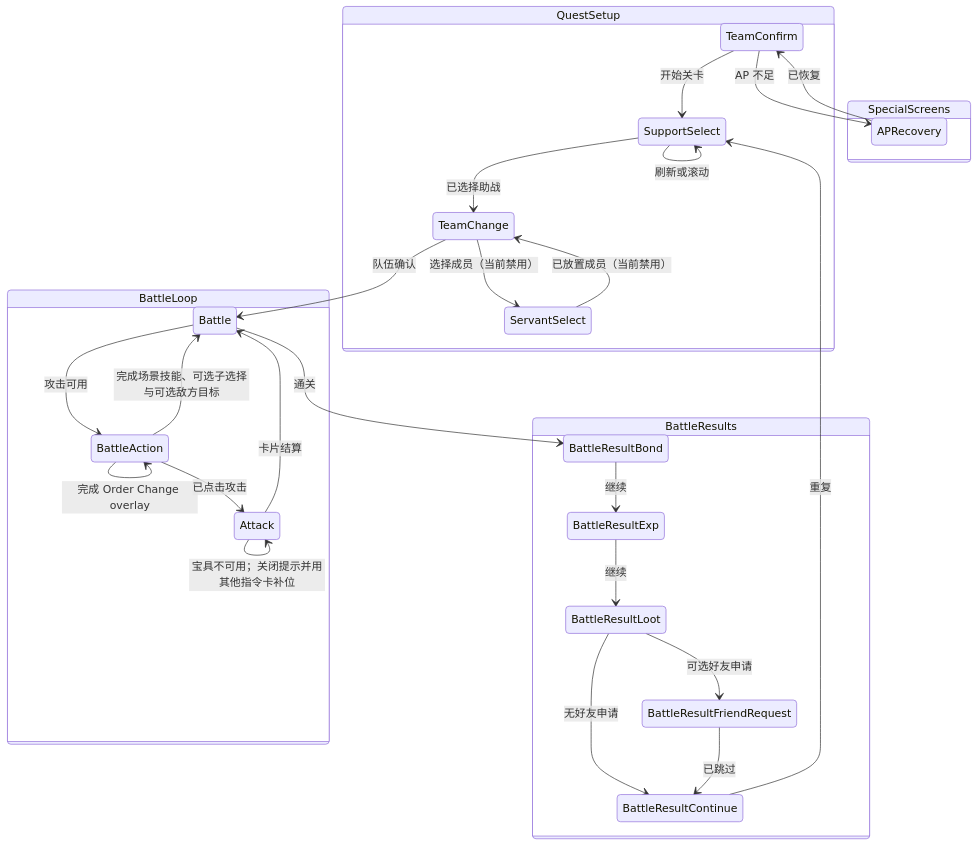
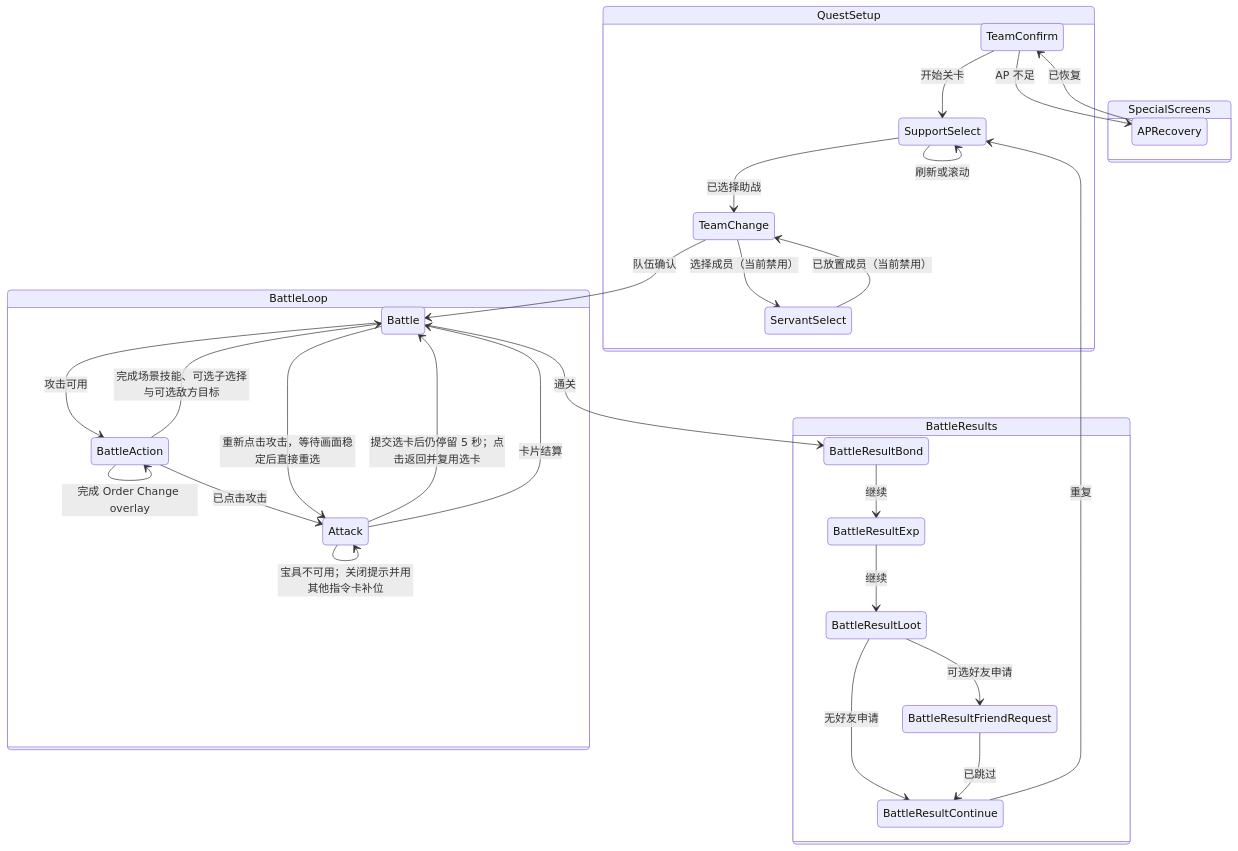
Before and after one commit to ZaiZheTingDun/mash-app: the first of 2 diagrams in docs/state-machines/battle-automation.md, drawn with Mermaid. The commit also changed other lines of this file and 5 other files, not shown here.

````diff
--- a/docs/state-machines/battle-automation.md
+++ b/docs/state-machines/battle-automation.md
@@ -5,45 +5,47 @@
 ```mermaid
 stateDiagram-v2
     state QuestSetup {
         TeamConfirm
         SupportSelect
         TeamChange
         ServantSelect
     }
     state BattleLoop {
         Battle
         BattleAction
         Attack
     }
     state BattleResults {
         BattleResultBond
         BattleResultExp
         BattleResultLoot
         BattleResultFriendRequest
         BattleResultContinue
     }
     state SpecialScreens { APRecovery }
 
     TeamConfirm --> SupportSelect: 开始关卡
     SupportSelect --> TeamChange: 已选择助战
     SupportSelect --> SupportSelect: 刷新或滚动
     TeamChange --> ServantSelect: 选择成员（当前禁用）
     ServantSelect --> TeamChange: 已放置成员（当前禁用）
     TeamChange --> Battle: 队伍确认
     Battle --> BattleAction: 攻击可用
     BattleAction --> Battle: 完成场景技能、可选子选择与可选敌方目标
     BattleAction --> BattleAction: 完成 Order Change overlay
     BattleAction --> Attack: 已点击攻击
     Attack --> Attack: 检测到速度 1；点击速度按钮并等待速度 2
     Attack --> Attack: 宝具不可用；关闭提示并用其他指令卡补位
+    Attack --> Battle: 提交选卡后仍停留 5 秒；点击返回并复用选卡
+    Battle --> Attack: 重新点击攻击，等待画面稳定后直接重选
     Attack --> Battle: 卡片结算
     Battle --> BattleResultBond: 通关
     BattleResultBond --> BattleResultExp: 继续
     BattleResultExp --> BattleResultLoot: 继续
     BattleResultLoot --> BattleResultFriendRequest: 可选好友申请
     BattleResultLoot --> BattleResultContinue: 无好友申请
     BattleResultFriendRequest --> BattleResultContinue: 已跳过
     BattleResultContinue --> SupportSelect: 重复
     TeamConfirm --> APRecovery: AP 不足
     APRecovery --> TeamConfirm: 已恢复
 ```
````
